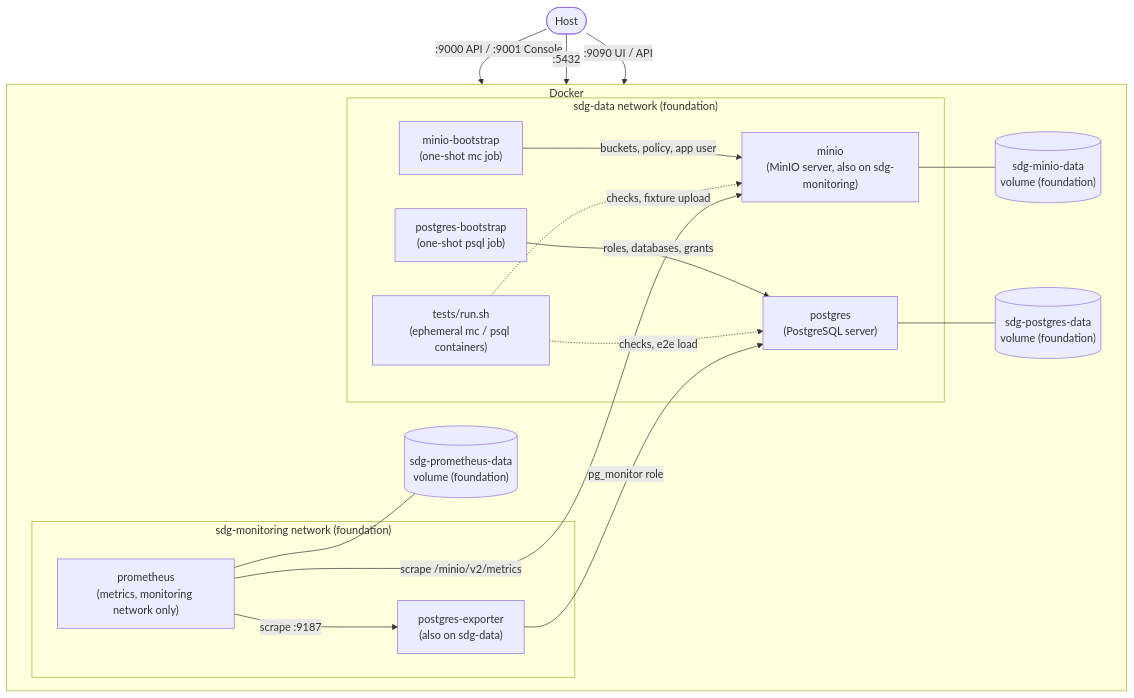
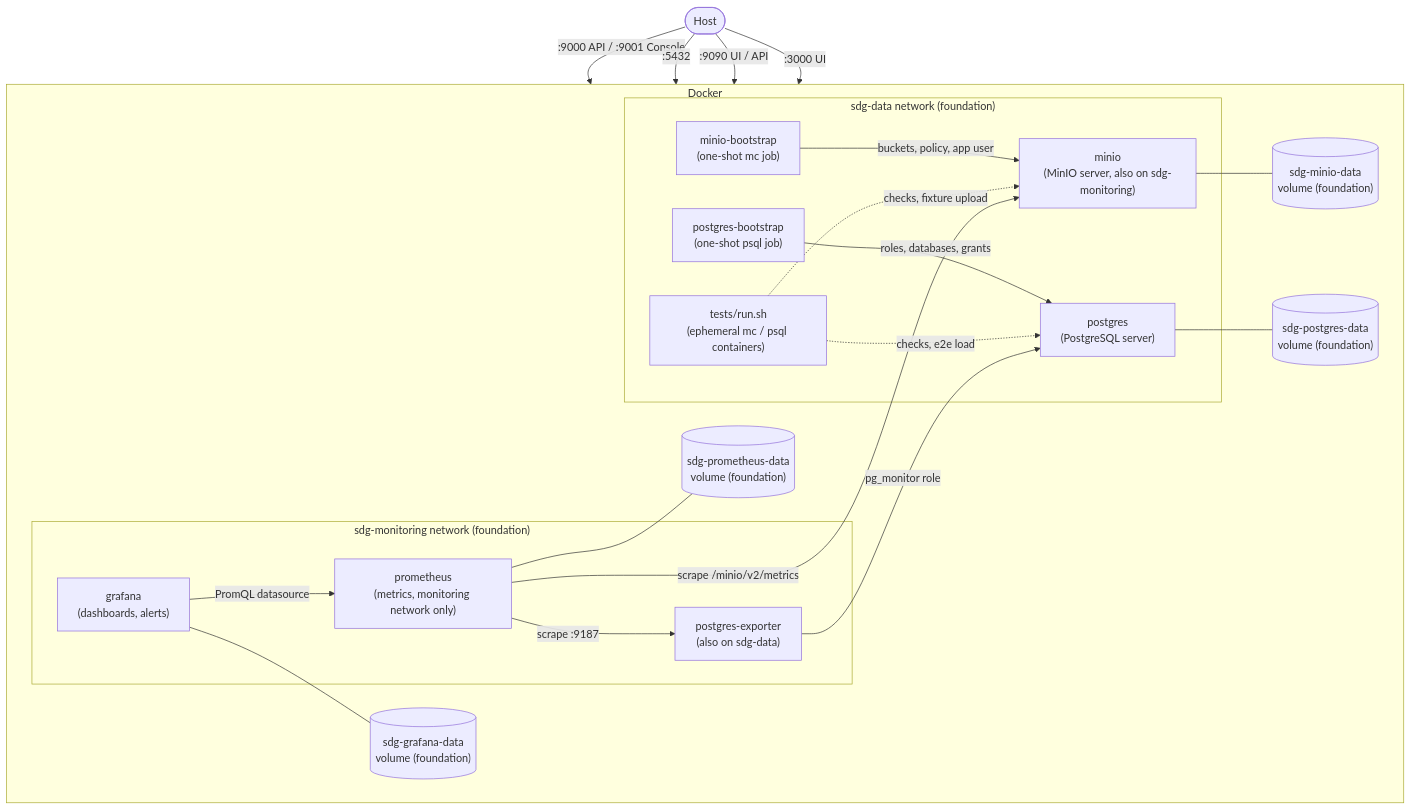
One commit to mellifluus/sdg-tech-challenge changed the diagram in README.md. Above: the diagram before and after it, drawn with Mermaid. The commit also changed 16 other files, not shown here.

Commit message:
add grafana with home dashboard and some alerts

````diff
--- a/README.md
+++ b/README.md
@@ -7,35 +7,40 @@
 ```mermaid
 flowchart TB
     subgraph docker["Docker"]
         direction LR
         subgraph sdg-data["sdg-data network (foundation)"]
             minio["minio<br/>(MinIO server, also on sdg-monitoring)"]
             bootstrap["minio-bootstrap<br/>(one-shot mc job)"]
             postgres["postgres<br/>(PostgreSQL server)"]
             pg_bootstrap["postgres-bootstrap<br/>(one-shot psql job)"]
             tests["tests/run.sh<br/>(ephemeral mc / psql containers)"]
         end
         subgraph sdg-monitoring["sdg-monitoring network (foundation)"]
             prometheus["prometheus<br/>(metrics, monitoring network only)"]
             pg_exporter["postgres-exporter<br/>(also on sdg-data)"]
+            grafana["grafana<br/>(dashboards, alerts)"]
         end
         minio_vol[("sdg-minio-data<br/>volume (foundation)")]
         pg_vol[("sdg-postgres-data<br/>volume (foundation)")]
         prom_vol[("sdg-prometheus-data<br/>volume (foundation)")]
+        grafana_vol[("sdg-grafana-data<br/>volume (foundation)")]
     end
     host(["Host"])
 
     host -- ":9000 API / :9001 Console" --> minio
     bootstrap -- "buckets, policy, app user" --> minio
     minio --- minio_vol
     host -- ":5432" --> postgres
     pg_bootstrap -- "roles, databases, grants" --> postgres
     postgres --- pg_vol
     tests -. "checks, fixture upload" .-> minio
     tests -. "checks, e2e load" .-> postgres
     host -- ":9090 UI / API" --> prometheus
     prometheus --- prom_vol
     prometheus -- "scrape /minio/v2/metrics" --> minio
     prometheus -- "scrape :9187" --> pg_exporter
     pg_exporter -- "pg_monitor role" --> postgres
+    host -- ":3000 UI" --> grafana
+    grafana -- "PromQL datasource" --> prometheus
+    grafana --- grafana_vol
 ```
````
